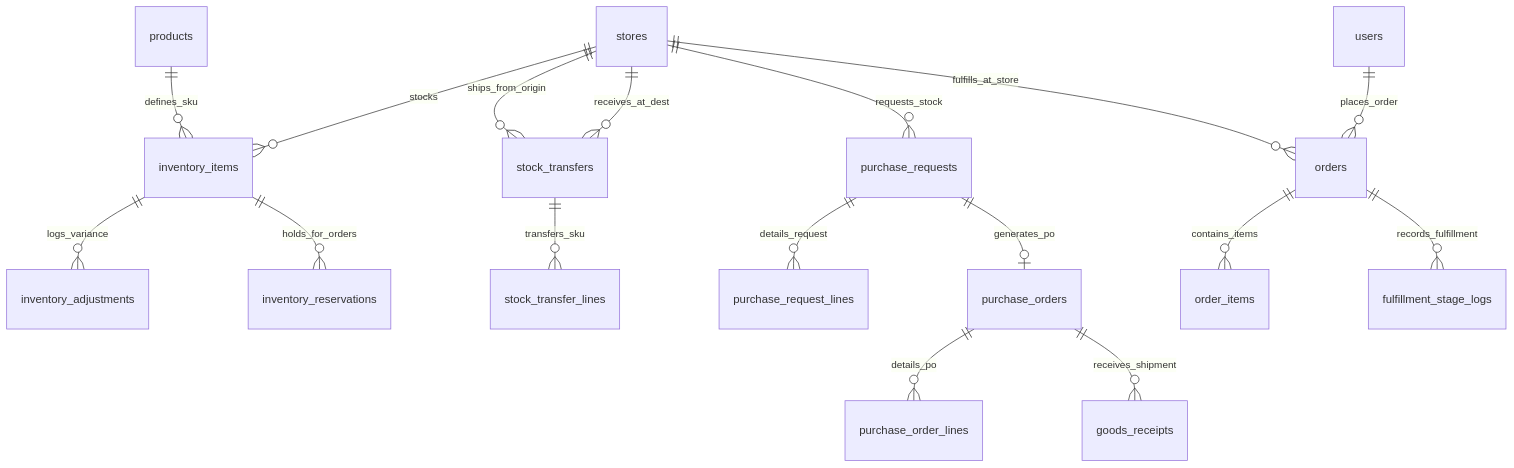
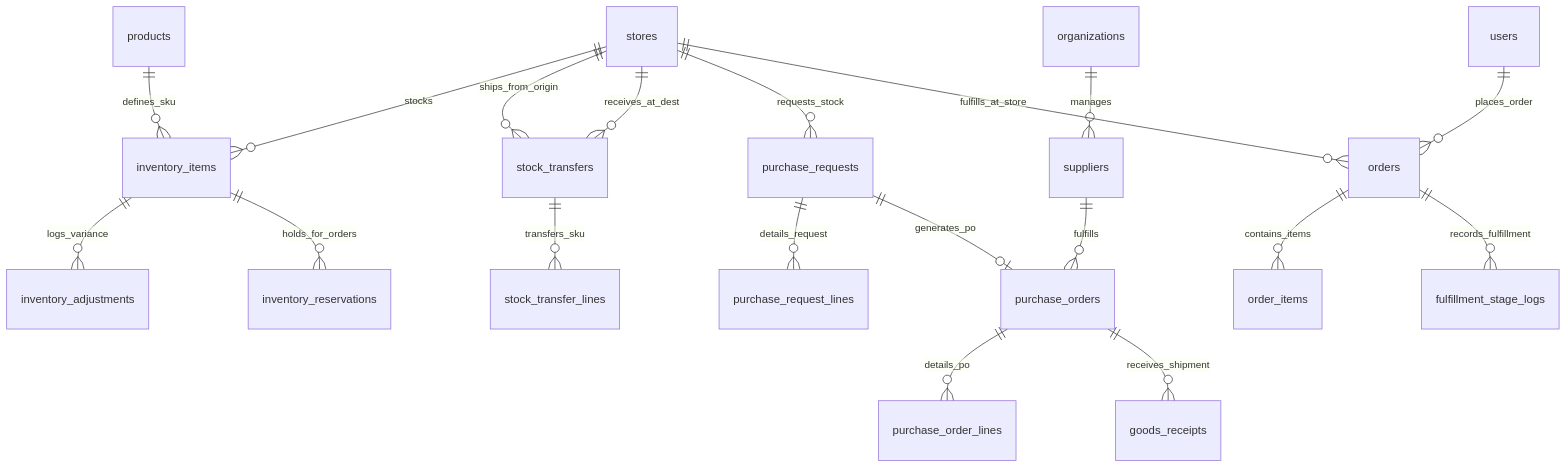
Before and after one commit to BVHC/Pet-care-new: the fourth of 5 diagrams in docs/06-erd.md, drawn with Mermaid. The commit also changed other lines of this file and 9 other files, not shown here.

````diff
--- a/docs/06-erd.md
+++ b/docs/06-erd.md
@@ -187,22 +187,24 @@
 ```mermaid
 erDiagram
     stores ||--o{ inventory_items : stocks
     products ||--o{ inventory_items : defines_sku
     inventory_items ||--o{ inventory_adjustments : logs_variance
     inventory_items ||--o{ inventory_reservations : holds_for_orders
     
     stores ||--o{ stock_transfers : ships_from_origin
     stores ||--o{ stock_transfers : receives_at_dest
     stock_transfers ||--o{ stock_transfer_lines : transfers_sku
     
     stores ||--o{ purchase_requests : requests_stock
     purchase_requests ||--o{ purchase_request_lines : details_request
     purchase_requests ||--o| purchase_orders : generates_po
+    organizations ||--o{ suppliers : manages
+    suppliers ||--o{ purchase_orders : fulfills
     purchase_orders ||--o{ purchase_order_lines : details_po
     purchase_orders ||--o{ goods_receipts : receives_shipment
     
     users ||--o{ orders : places_order
     stores ||--o{ orders : fulfills_at_store
     orders ||--o{ order_items : contains_items
     orders ||--o{ fulfillment_stage_logs : records_fulfillment
 ```
````
